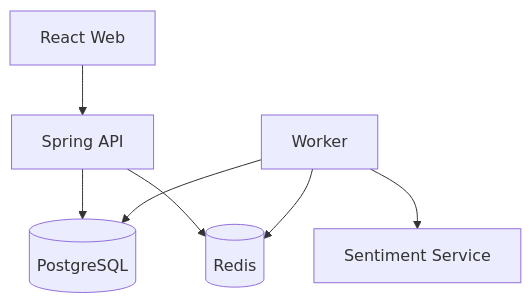
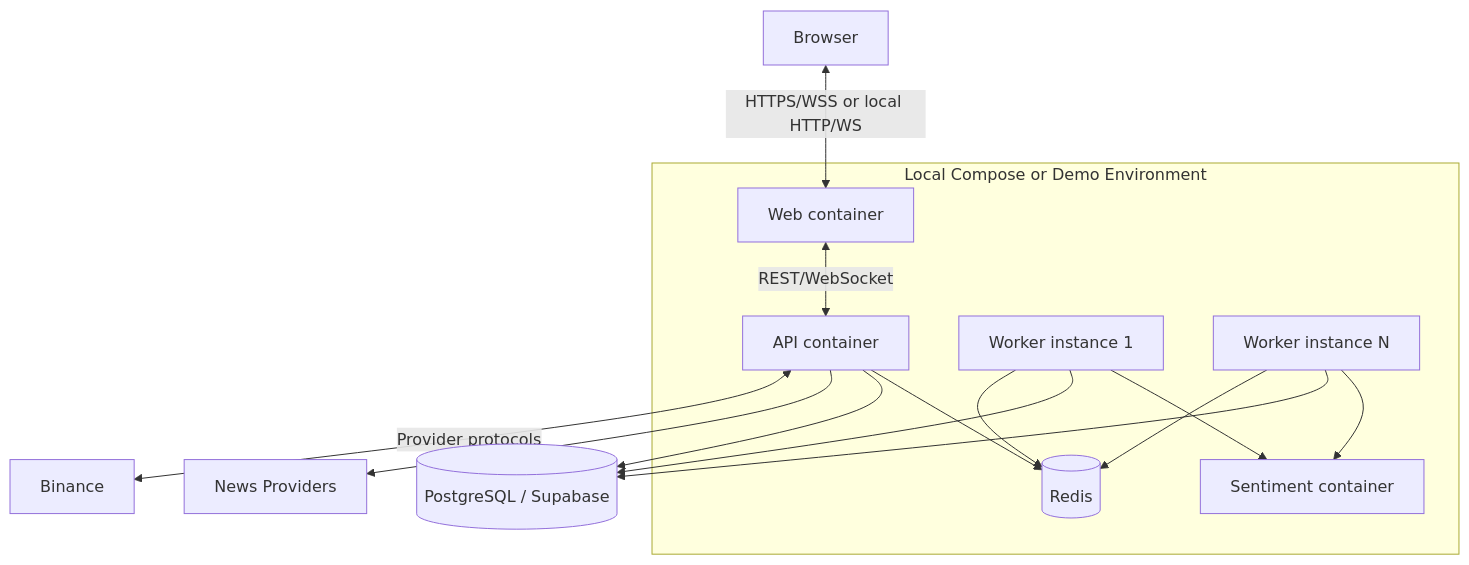
The diagram in docs/architecture/deployment-view.md (PhamVanMinhBinhThuan/crypto-strategy-platform), drawn with Mermaid before and after one commit. The commit also changed other lines of this file and 14 other files, not shown here.

Commit message:
docs: complete architecture documentation and verification plan

````diff
--- a/docs/architecture/deployment-view.md
+++ b/docs/architecture/deployment-view.md
@@ -16,16 +21,30 @@
 ```mermaid
 flowchart TB
-    WEB[React Web]
-    API[Spring API]
-    WORKER[Worker]
-    SENTIMENT[Sentiment Service]
-    DB[(PostgreSQL)]
-    REDIS[(Redis)]
+    BROWSER["Browser"]
+    BINANCE["Binance"]
+    NEWS["News Providers"]
 
-    WEB --> API
+    subgraph ENV["Local Compose or Demo Environment"]
+        WEB["Web container"]
+        API["API container"]
+        W1["Worker instance 1"]
+        WN["Worker instance N"]
+        SENTIMENT["Sentiment container"]
+        REDIS[("Redis")]
+    end
+
+    DB[("PostgreSQL / Supabase")]
+
+    BROWSER <-->|"HTTPS/WSS or local HTTP/WS"| WEB
+    WEB <-->|"REST/WebSocket"| API
+    API <-->|"Provider protocols"| BINANCE
+    API --> NEWS
     API --> DB
     API --> REDIS
-    WORKER --> DB
-    WORKER --> REDIS
-    WORKER --> SENTIMENT
+    W1 --> REDIS
+    WN --> REDIS
+    W1 --> DB
+    WN --> DB
+    W1 --> SENTIMENT
+    WN --> SENTIMENT
 ```
````
